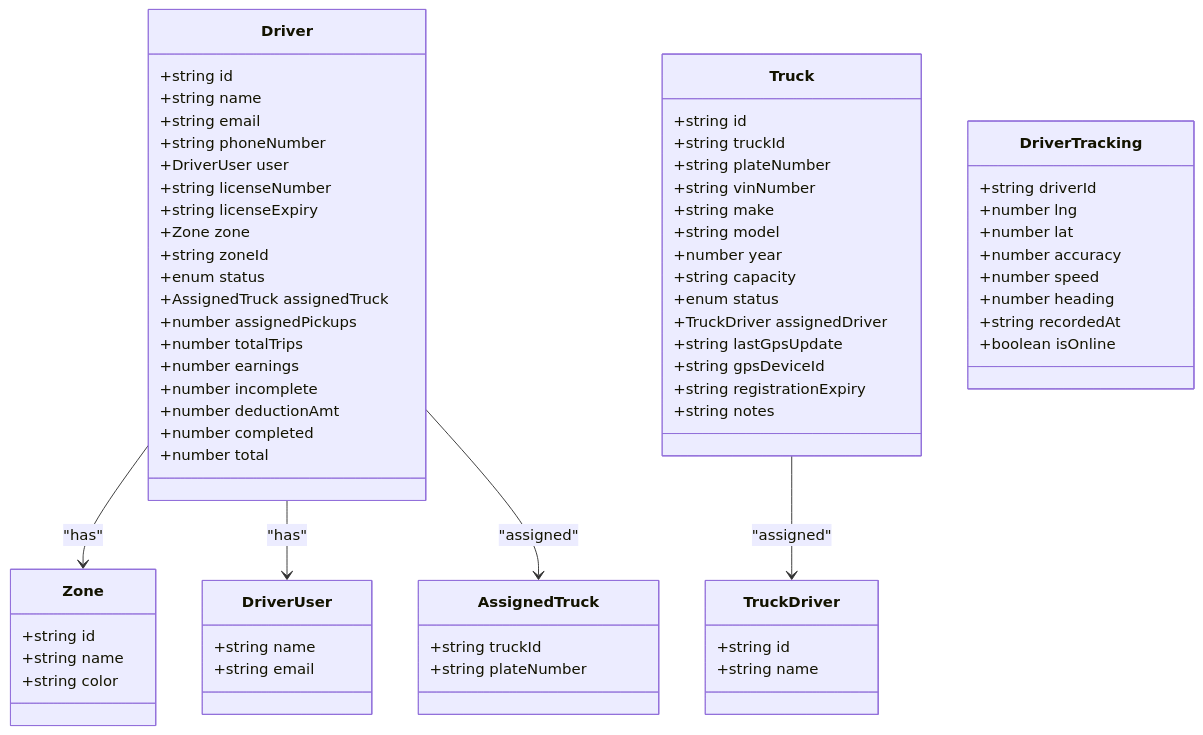
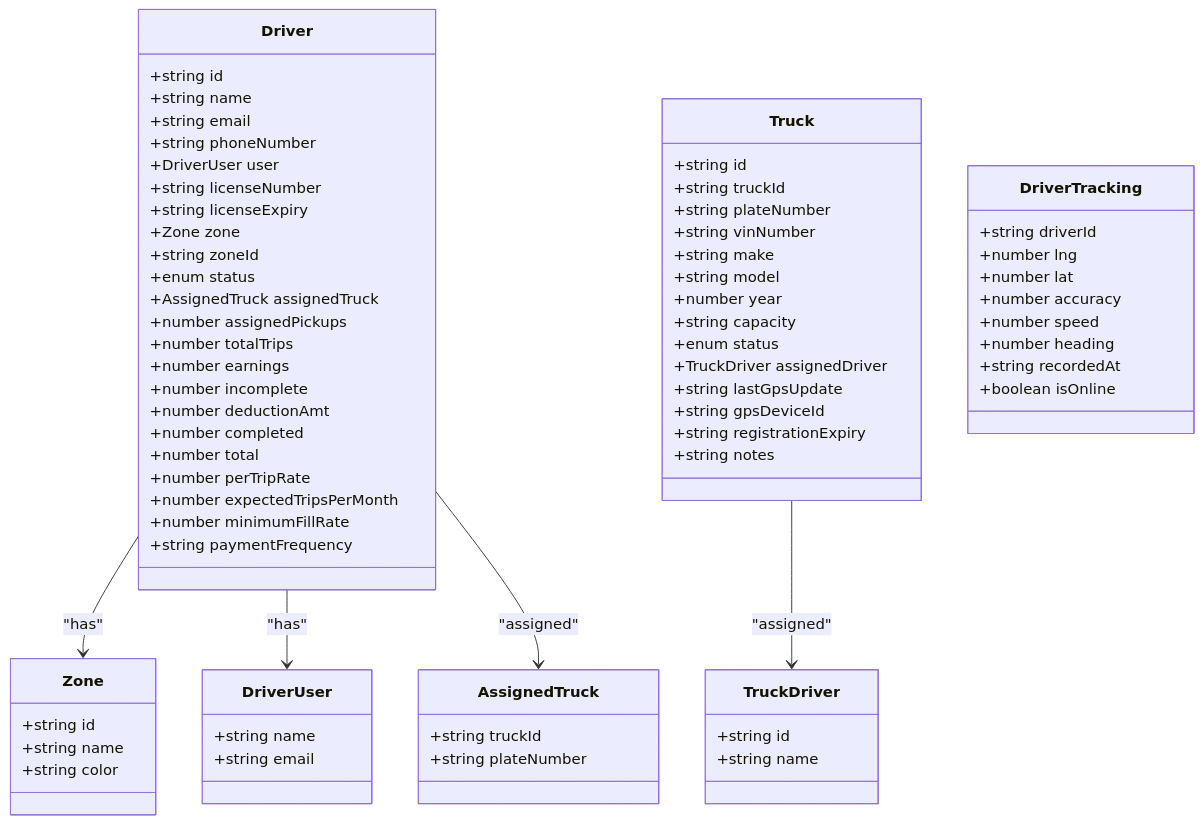
The third of 10 diagrams in .qoder/repowiki/en/content/Business Modules/Fleet Management.md (Lazynerd-Studios/lacarte-atlas-console), drawn with Mermaid before and after one commit. The commit also changed other lines of this file and 23 other files, not shown here.

````diff
--- a/.qoder/repowiki/en/content/Business Modules/Fleet Management.md
+++ b/.qoder/repowiki/en/content/Business Modules/Fleet Management.md
@@ -184,70 +193,74 @@
 ```mermaid
 classDiagram
 class Zone {
 +string id
 +string name
 +string color
 }
 class DriverUser {
 +string name
 +string email
 }
 class AssignedTruck {
 +string truckId
 +string plateNumber
 }
 class Driver {
 +string id
 +string name
 +string email
 +string phoneNumber
 +DriverUser user
 +string licenseNumber
 +string licenseExpiry
 +Zone zone
 +string zoneId
 +enum status
 +AssignedTruck assignedTruck
 +number assignedPickups
 +number totalTrips
 +number earnings
 +number incomplete
 +number deductionAmt
 +number completed
 +number total
++number perTripRate
++number expectedTripsPerMonth
++number minimumFillRate
++string paymentFrequency
 }
 class TruckDriver {
 +string id
 +string name
 }
 class Truck {
 +string id
 +string truckId
 +string plateNumber
 +string vinNumber
 +string make
 +string model
 +number year
 +string capacity
 +enum status
 +TruckDriver assignedDriver
 +string lastGpsUpdate
 +string gpsDeviceId
 +string registrationExpiry
 +string notes
 }
 class DriverTracking {
 +string driverId
 +number lng
 +number lat
 +number accuracy
 +number speed
 +number heading
 +string recordedAt
 +boolean isOnline
 }
 Driver --> Zone : "has"
 Driver --> DriverUser : "has"
 Driver --> AssignedTruck : "assigned"
 Truck --> TruckDriver : "assigned"
 ```
````
